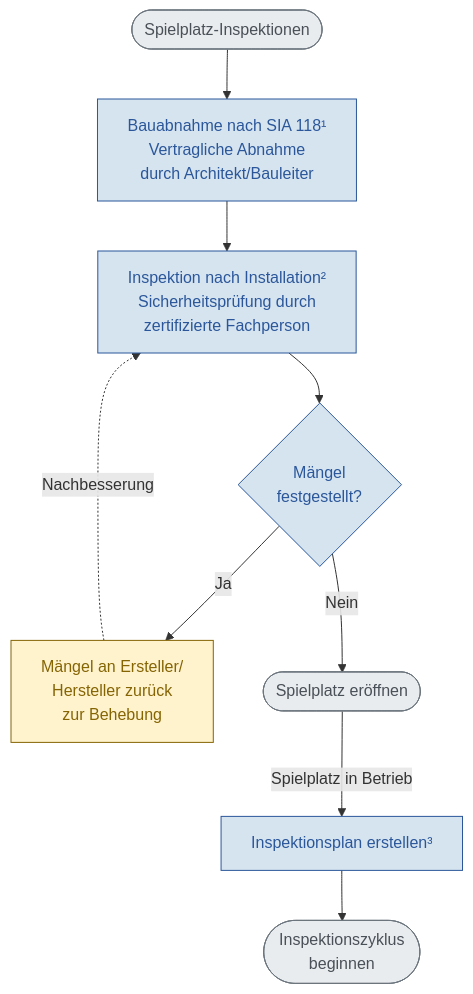
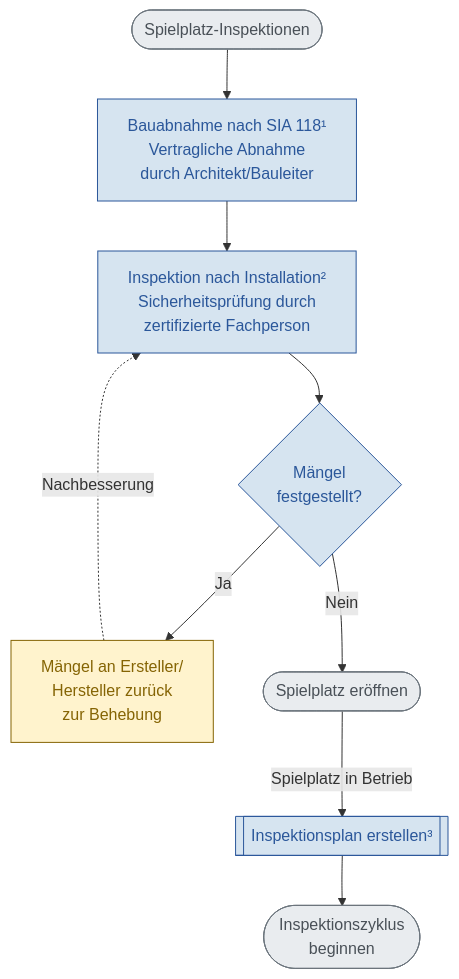
Before and after one commit to giuadora/ch.playsafepro.flowcharts: the diagram in Inspektion-von-Spielplatzgeraeten-und-Spielplatzboeden/Neuer-Spielplatz.md, drawn with Mermaid. The commit also changed 1 other file, not shown here.

Commit message:
fix(09-04): add subprocess syntax to IPLAN and IHM Mermaid nodes
- Neuer-Spielplatz.md: IPLAN now uses [["Inspektionsplan erstellen³"]] subprocess syntax
- Bestehender-Spielplatz.md: IHM now uses [["Instandhaltungs-Management"]] subprocess syntax
- Matches draw.io shape=process designation for subprocess nodes

````diff
--- a/Inspektion-von-Spielplatzgeraeten-und-Spielplatzboeden/Neuer-Spielplatz.md
+++ b/Inspektion-von-Spielplatzgeraeten-und-Spielplatzboeden/Neuer-Spielplatz.md
@@ -9,33 +9,33 @@
 ```mermaid
 flowchart TD
     %% === NEUER SPIELPLATZ (BLUE) ===
     START(["Spielplatz-Inspektionen"])
     N01["Bauabnahme nach SIA 118¹<br/>Vertragliche Abnahme<br/>durch Architekt/Bauleiter"]
     N02["Inspektion nach Installation²<br/>Sicherheitsprüfung durch<br/>zertifizierte Fachperson"]
     D02{"Mängel<br/>festgestellt?"}
     N03["Mängel an Ersteller/<br/>Hersteller zurück<br/>zur Behebung"]
     N04(["Spielplatz eröffnen"])
-    IPLAN["Inspektionsplan erstellen³"]
+    IPLAN[["Inspektionsplan erstellen³"]]
 
     START --> N01
     N01 --> N02
     N02 --> D02
     D02 -->|"Ja"| N03
     D02 -->|"Nein"| N04
     N03 -.->|"Nachbesserung"| N02
     N04 -->|"Spielplatz in Betrieb"| IPLAN
 
     %% === TRANSITION TO INSPECTION CYCLE (GREEN) ===
     E00(["Inspektionszyklus<br/>beginnen"])
     IPLAN --> E00
 
     %% === STYLING ===
     classDef startend fill:#E9ECEF,stroke:#6C757D,color:#495057
     classDef newpath fill:#D6E4F0,stroke:#2B579A,color:#2B579A
     classDef inspection fill:#DFF0D8,stroke:#3C763D,color:#3C763D
     classDef defect fill:#FFF3CD,stroke:#856404,color:#856404
 
     class START,N04,E00 startend
     class N01,N02,D02,IPLAN newpath
     class N03 defect
 ```
````
